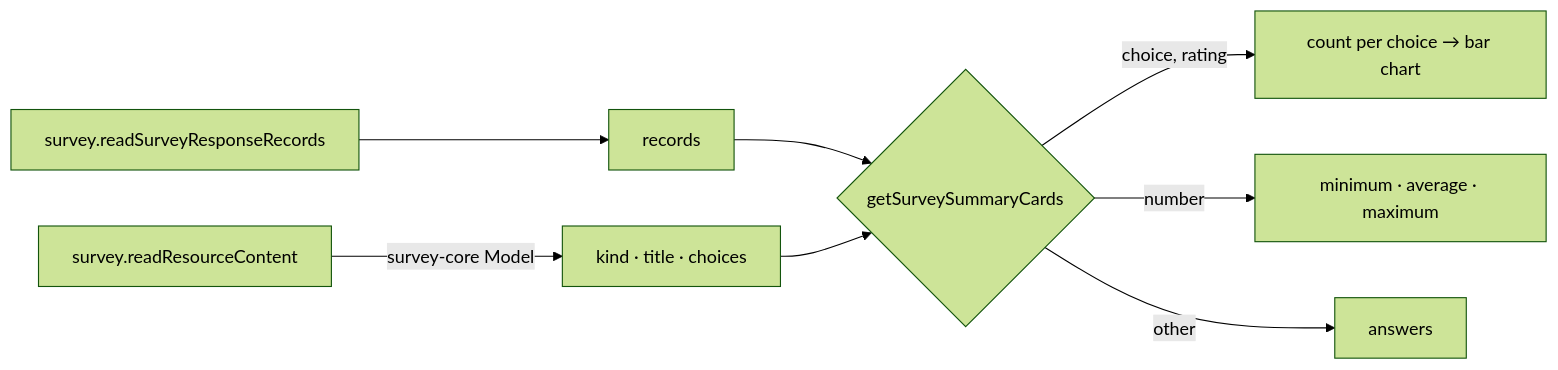
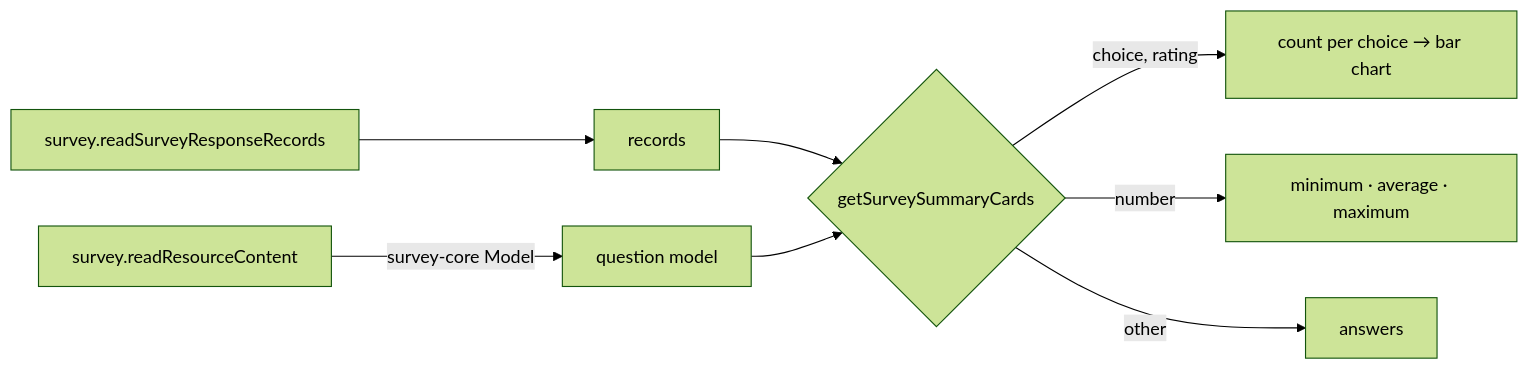
The diagram in openspec/specs/resource/survey-response-summary/design.md (Esposter/Esposter), drawn with Mermaid (forest theme) before and after one commit. The commit also changed 3 other files, not shown here.

````diff
--- a/openspec/specs/resource/survey-response-summary/design.md
+++ b/openspec/specs/resource/survey-response-summary/design.md
@@ -24,10 +24,10 @@
 ```mermaid
 flowchart LR
   READ["survey.readSurveyResponseRecords"] --> REC[records]
-  CONTENT["survey.readResourceContent"] -->|"survey-core Model"| Q[kind · title · choices]
+  CONTENT["survey.readResourceContent"] -->|"survey-core Model"| Q[question model]
   REC --> AGG{getSurveySummaryCards}
   Q --> AGG
   AGG -->|choice, rating| BAR[count per choice → bar chart]
   AGG -->|number| STAT[minimum · average · maximum]
   AGG -->|other| LIST[answers]
 ```
````
